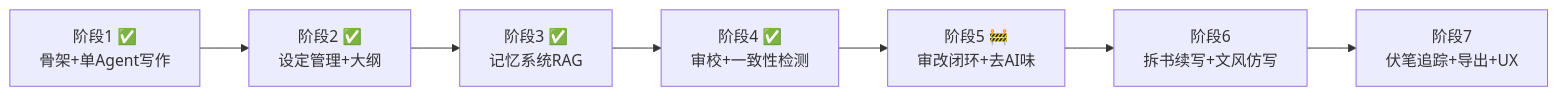
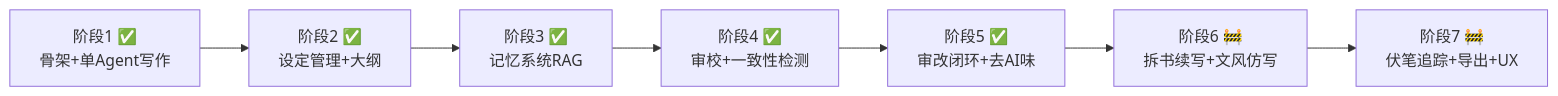
Before and after one commit to YesOhh/NovelWritter: the fifth of 5 diagrams in docs/architecture.md, drawn with Mermaid. The commit also changed other lines of this file and 29 other files, not shown here.

````diff
--- a/docs/architecture.md
+++ b/docs/architecture.md
@@ -336,9 +340,9 @@
 ```mermaid
 graph LR
     P1["阶段1 ✅<br/>骨架+单Agent写作"] --> P2["阶段2 ✅<br/>设定管理+大纲"]
     P2 --> P3["阶段3 ✅<br/>记忆系统RAG"]
     P3 --> P4["阶段4 ✅<br/>审校+一致性检测"]
-    P4 --> P5["阶段5 🚧<br/>审改闭环+去AI味"]
-    P5 --> P6["阶段6<br/>拆书续写+文风仿写"]
-    P6 --> P7["阶段7<br/>伏笔追踪+导出+UX"]
+    P4 --> P5["阶段5 ✅<br/>审改闭环+去AI味"]
+    P5 --> P6["阶段6 🚧<br/>拆书续写+文风仿写"]
+    P6 --> P7["阶段7 🚧<br/>伏笔追踪+导出+UX"]
 ```
````
